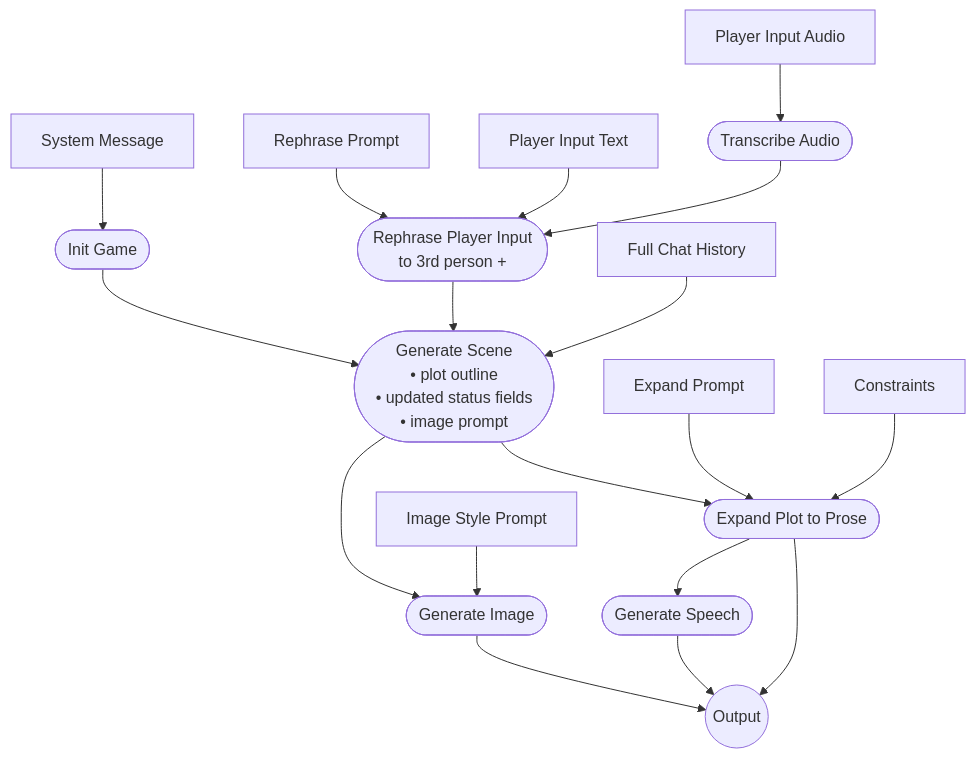
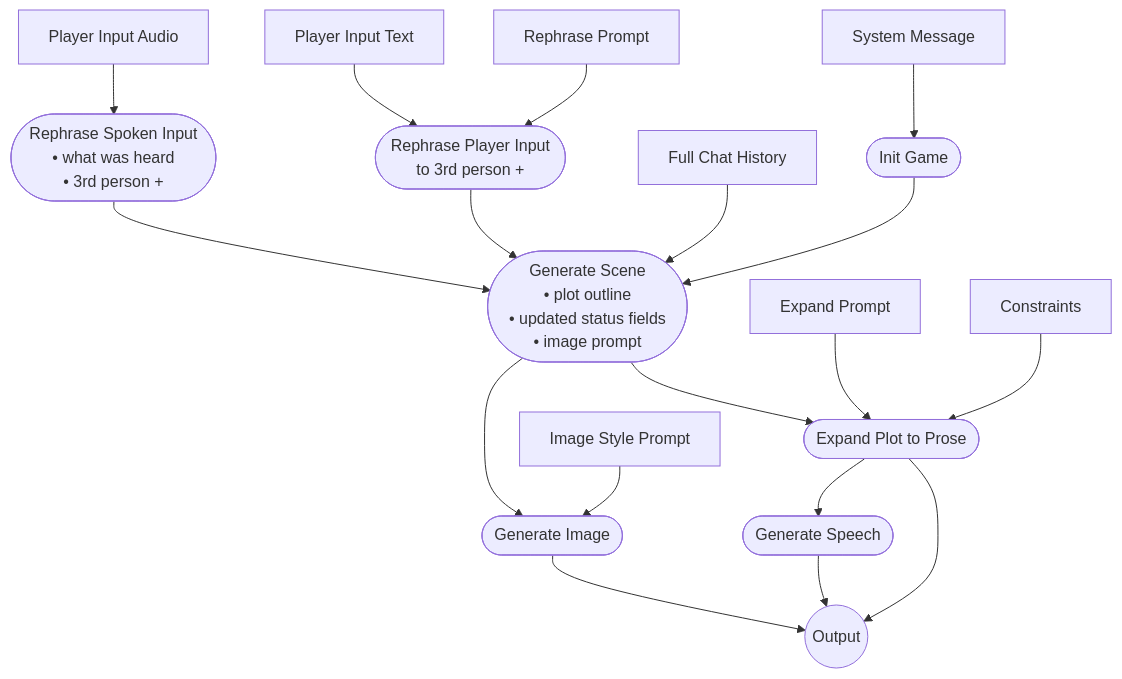
Before and after one commit to flocko-motion/chatgamelab: the eighth of 8 diagrams in TECHNOLOGY.md, drawn with Mermaid. The commit also changed other lines of this file and 248 other files, not shown here.

First line of the commit message:
feat(engine): voice input for Adventure, push-to-talk heard in one call (#404)

````diff
--- a/TECHNOLOGY.md
+++ b/TECHNOLOGY.md
@@ -251,61 +252,63 @@
 ```mermaid
 graph TB
 
 
         SYSMSG["System Message"] --> INIT
         INIT(["Init Game"])
 
 
 
         INIT --> EXECUTE
 
         REPHRASE(["Rephrase Player Input
         to 3rd person +"])
 
 
         REPHRASEPROMPT["Rephrase Prompt"]
         REPHRASEPROMPT --> REPHRASE
 
         HISTORY["Full Chat History"] --> EXECUTE
 
         REPHRASE --> EXECUTE(["Generate Scene
         • plot outline
         • updated status fields
         • image prompt"])
 
         EXECUTE --> EXPAND
         EXECUTE --> IMAGE
 
 
 
         EXPANDPROMPT["Expand Prompt"]
         CONSTRAINT["Constraints"]
         CONSTRAINT --> EXPAND
         EXPANDPROMPT --> EXPAND
 
         EXPAND(["Expand Plot to Prose"])
         EXPAND --> OUT
 
 
         IMAGEPROMPT["Image Style Prompt"]
         IMAGEPROMPT --> IMAGE
 
 
         IMAGE(["Generate Image"])
         IMAGE --> OUT
 
         EXPAND --> AUDIO(["Generate Speech"])
         AUDIO --> OUT
 
         OUT(("Output"))
 
 
     PLAYER["Player Input Text"]
     PLAYER --> REPHRASE
 
     PLAYERVOC["Player Input Audio"]
 
-    PLAYERVOC --> TRANSCRIBE(["Transcribe Audio"])
-    TRANSCRIBE --> REPHRASE
+    PLAYERVOC --> HEAR(["Rephrase Spoken Input
+    • what was heard
+    • 3rd person +"])
+    HEAR --> EXECUTE
 
 ```
````
